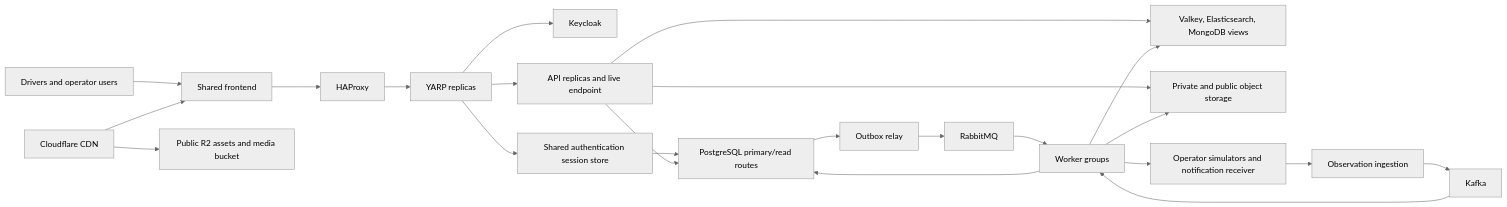
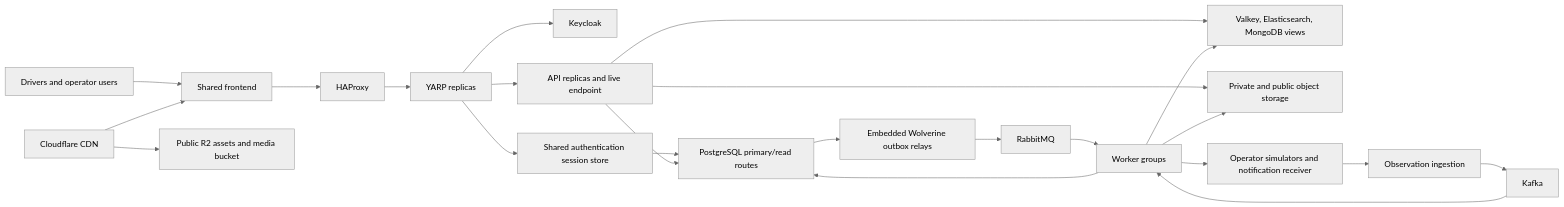
The first of 3 diagrams in docs/architecture.md (AFayziev/ev-charging-system-design-lab), drawn with Mermaid (neutral theme) before and after one commit. The commit also changed other lines of this file and 3 other files, not shown here.

````diff
--- a/docs/architecture.md
+++ b/docs/architecture.md
@@ -65,25 +66,25 @@
 ```mermaid
 flowchart LR
     Users[Drivers and operator users] --> UI[Shared frontend]
     CDN[Cloudflare CDN] --> UI
     CDN --> Origin[Public R2 assets and media bucket]
     UI --> Edge[HAProxy]
     Edge --> Gateway[YARP replicas]
     Gateway --> Identity[Keycloak]
     Gateway --> Sessions[Shared authentication session store]
     Sessions --> SQL[PostgreSQL primary/read routes]
     Gateway --> API[API replicas and live endpoint]
     API --> SQL
     API --> Views[Valkey, Elasticsearch, MongoDB views]
     API --> Objects[Private and public object storage]
-    SQL --> Relay[Outbox relay]
+    SQL --> Relay[Embedded Wolverine outbox relays]
     Relay --> Broker[RabbitMQ]
     Broker --> Workers[Worker groups]
     Workers --> External[Operator simulators and notification receiver]
     External --> Ingest[Observation ingestion]
     Ingest --> Stream[Kafka]
     Stream --> Workers
     Workers --> Views
     Workers --> SQL
     Workers --> Objects
 ```
````
